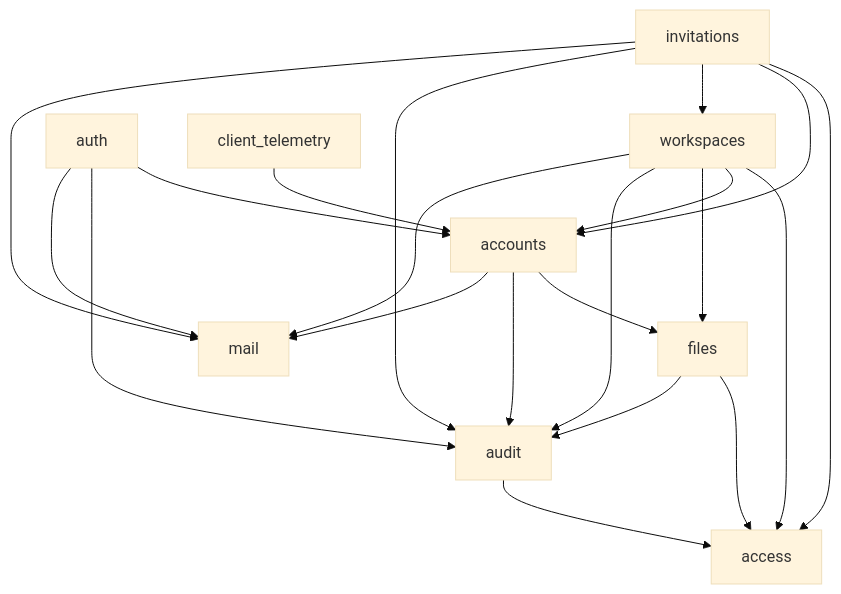
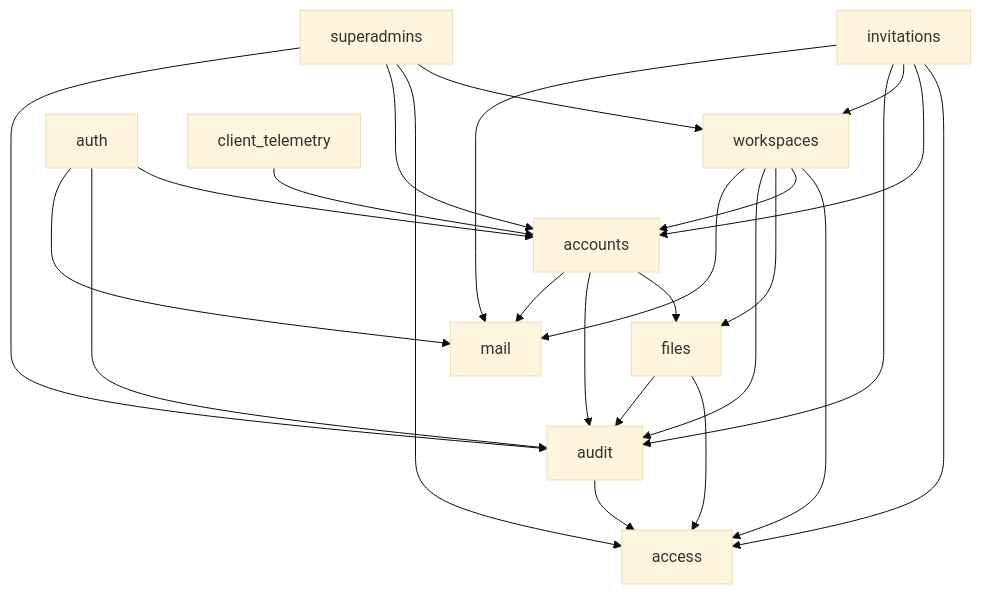
One commit to Grebyn35/AntWorker-API-Rust changed the second of 3 diagrams in docs/architecture.md. Above: the diagram before and after it, drawn with Mermaid (base theme). The commit also changed other lines of this file and 9 other files, not shown here.

````diff
--- a/docs/architecture.md
+++ b/docs/architecture.md
@@ -141,10 +143,11 @@
 ```mermaid
 flowchart TD
   workspaces --> access & accounts & files & audit & mail
   invitations --> access & accounts & workspaces & audit & mail
   auth --> accounts & audit & mail
   accounts --> files & audit & mail
   files --> access & audit
   audit --> access
   client_telemetry --> accounts
+  superadmins --> workspaces & access & accounts & audit
 ```
````
